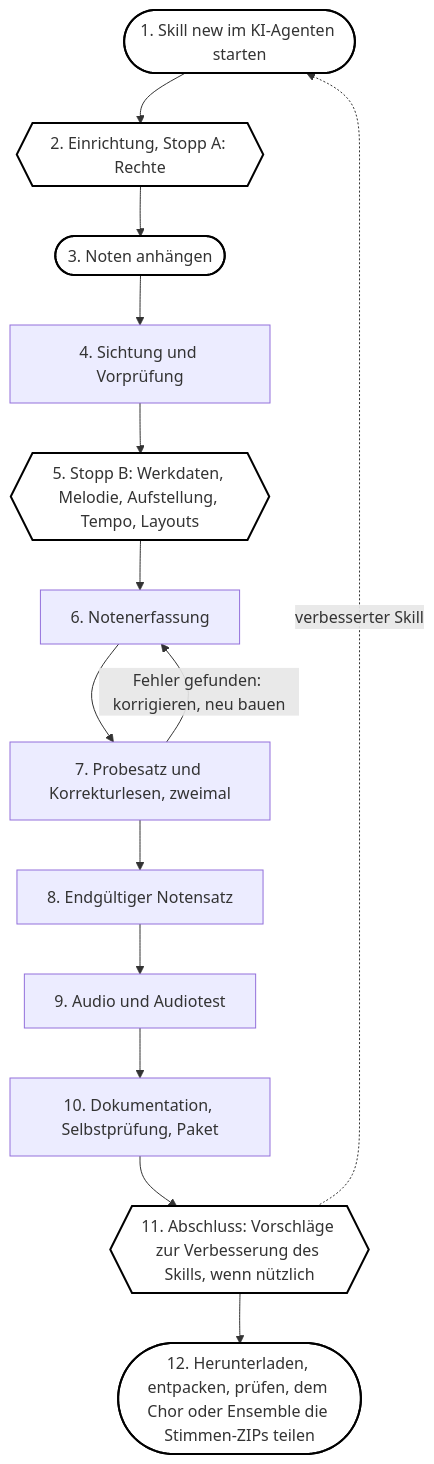
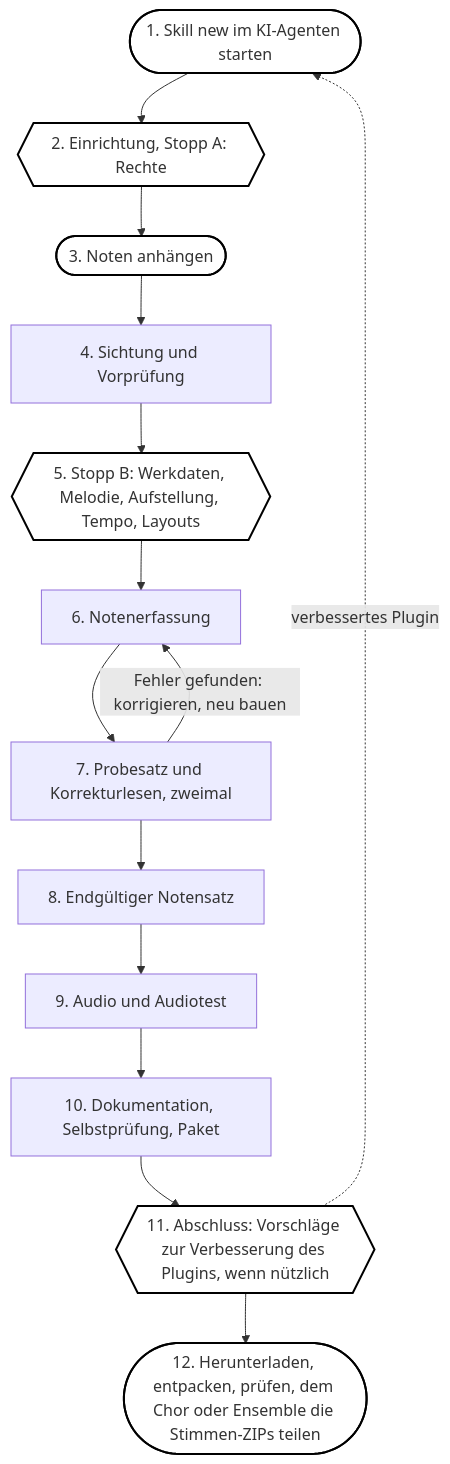
Before and after one commit to vbth/practice-duck-plugin: the diagram in README.de.md, drawn with Mermaid. The commit also changed other lines of this file and 1 other file, not shown here.

First line of the commit message:
README: package name, US Letter, plugin wording, rules of 1.0.0 (#4)

````diff
--- a/README.de.md
+++ b/README.de.md
@@ -76,22 +76,22 @@
 ```mermaid
 flowchart TD
     U1(["1. Skill new im KI-Agenten starten"]) --> A{{"2. Einrichtung, Stopp A: Rechte"}}
     A --> U3(["3. Noten anhängen"])
     U3 --> P1["4. Sichtung und Vorprüfung"]
     P1 --> B{{"5. Stopp B: Werkdaten, Melodie, Aufstellung, Tempo, Layouts"}}
     B --> P3["6. Notenerfassung"]
     P3 --> P4["7. Probesatz und Korrekturlesen, zweimal"]
     P4 -->|Fehler gefunden: korrigieren, neu bauen| P3
     P4 --> P5["8. Endgültiger Notensatz"]
     P5 --> P6["9. Audio und Audiotest"]
     P6 --> P7["10. Dokumentation, Selbstprüfung, Paket"]
-    P7 --> P8{{"11. Abschluss: Vorschläge zur Verbesserung des Skills, wenn nützlich"}}
+    P7 --> P8{{"11. Abschluss: Vorschläge zur Verbesserung des Plugins, wenn nützlich"}}
     P8 --> U2(["12. Herunterladen, entpacken, prüfen, dem Chor oder Ensemble die Stimmen-ZIPs teilen"])
-    P8 -.->|verbesserter Skill| U1
+    P8 -.->|verbessertes Plugin| U1
     style U1 fill:#fff,stroke:#000,stroke-width:2px
     style U3 fill:#fff,stroke:#000,stroke-width:2px
     style U2 fill:#fff,stroke:#000,stroke-width:2px
     style A fill:#fff,stroke:#000,stroke-width:2px
     style B fill:#fff,stroke:#000,stroke-width:2px
     style P8 fill:#fff,stroke:#000,stroke-width:2px
 ```
````
